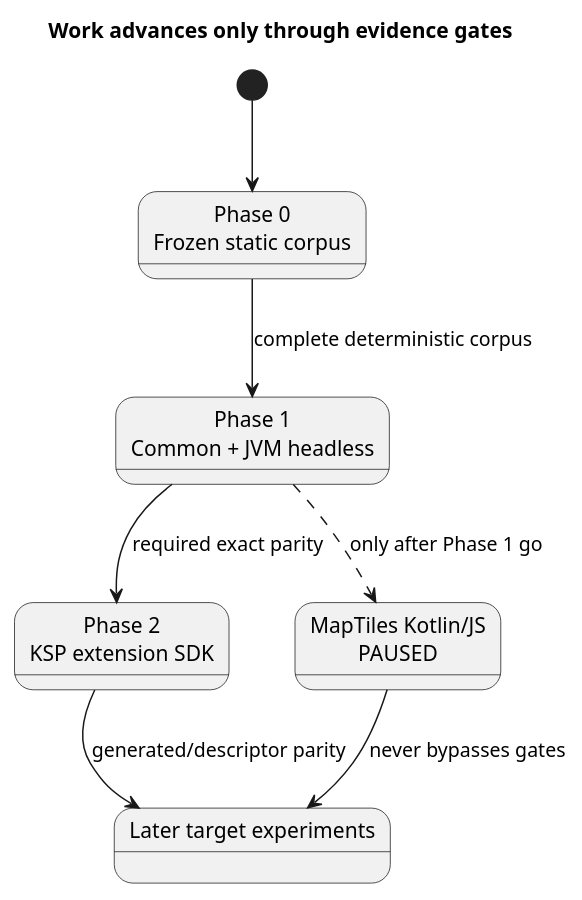
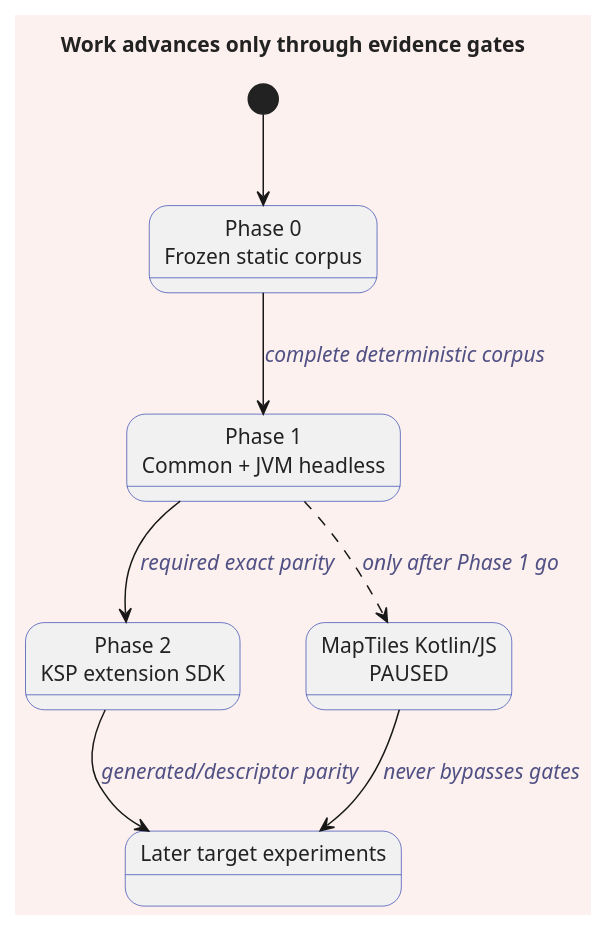
Before and after one commit to 4ian/GDevelop: diagram 11 of 11 in docs/kotlin-port/DIAGRAMS.md, drawn with PlantUML. The commit also changed other lines of this file and 2 other files, not shown here.

Commit message:
gradle conf and DIAGRAMS.md plantuml fixes

````diff
--- a/docs/kotlin-port/DIAGRAMS.md
+++ b/docs/kotlin-port/DIAGRAMS.md
@@ -484,16 +627,29 @@
 ```plantuml
 @startuml
+
 title Work advances only through evidence gates
+
+skinparam StateBorderColor #4050B4FF
+skinparam BackgroundColor #FCF1EEFF
+skinparam DefaultFontColor #222222FF
+skinparam DefaultFontSize 14
+skinparam ArrowFontColor #505084FF
+skinparam ArrowFontStyle italic
+skinparam NoteFontSize 12
+skinparam DefaultFontName jetbrains-mono
+
 state "Phase 0\nFrozen static corpus" as P0
 state "Phase 1\nCommon + JVM headless" as P1
 state "Phase 2\nKSP extension SDK" as P2
 state "Later target experiments" as Later
 state "MapTiles Kotlin/JS\nPAUSED" as MapTiles
+
 [*] --> P0
 P0 --> P1 : complete deterministic corpus
 P1 --> P2 : required exact parity
 P2 --> Later : generated/descriptor parity
 P1 -[dashed]-> MapTiles : only after Phase 1 go
 MapTiles --> Later : never bypasses gates
+
 @enduml
 ```
````
